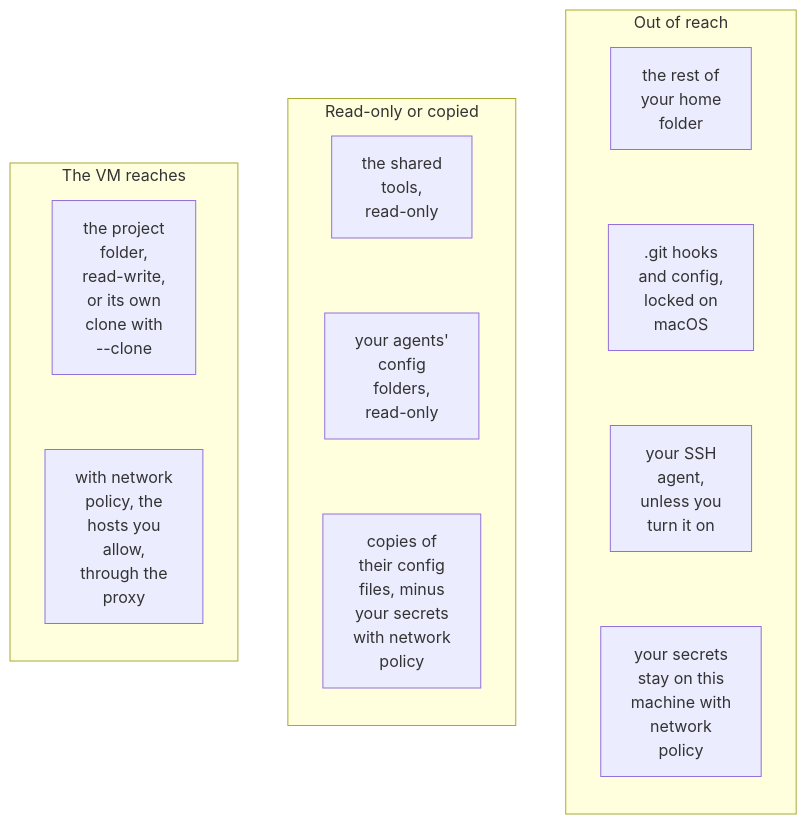
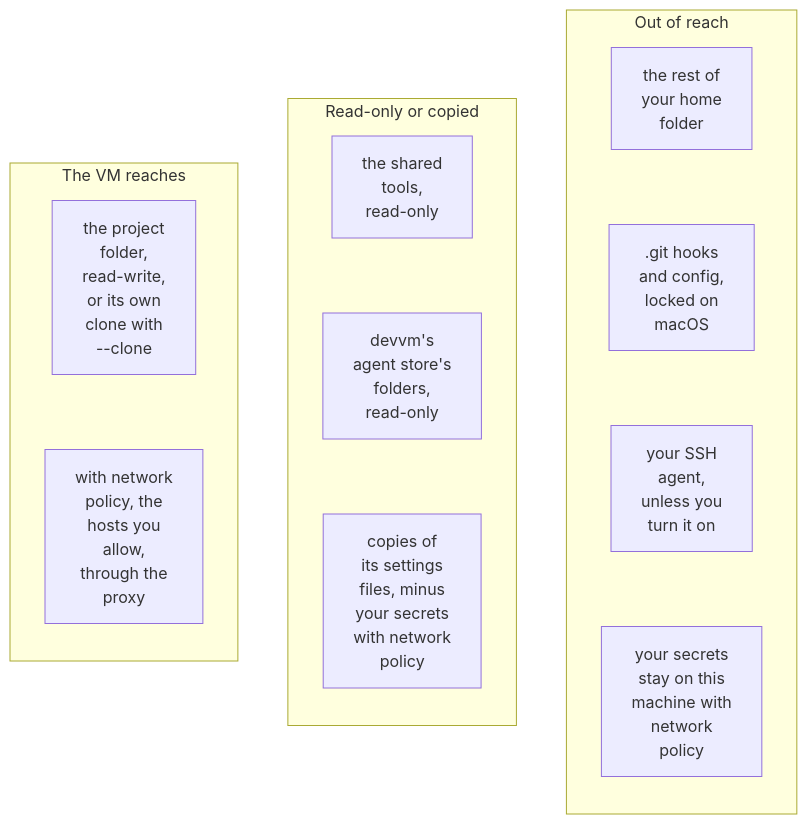
The diagram in docs/content/docs/safety/_index.md (DustyPolk/devvm), drawn with Mermaid before and after one commit. The commit also changed other lines of this file and 107 other files, not shown here.

````diff
--- a/docs/content/docs/safety/_index.md
+++ b/docs/content/docs/safety/_index.md
@@ -24,31 +24,31 @@
 ```mermaid
 ---
 config:
   flowchart:
     minNodeWidth: 0
 ---
 flowchart TB
   %% Narrower nodes than other diagrams' and labels of at most 12 characters a line, so three
   %% columns fit the page. Mermaid lays the columns out from right to left, so the last one comes first.
   subgraph out["Out of reach"]
     direction TB
     home["the rest of<br>your home<br>folder"]
     git[".git hooks<br>and config,<br>locked on<br>macOS"]
     agent["your SSH<br>agent,<br>unless you<br>turn it on"]
     secrets["your secrets<br>stay on this<br>machine with<br>network<br>policy"]
     home ~~~ git ~~~ agent ~~~ secrets
   end
   subgraph copied["Read-only or copied"]
     direction TB
     tools["the shared<br>tools,<br>read-only"]
-    folders["your agents'<br>config<br>folders,<br>read-only"]
-    files["copies of<br>their config<br>files, minus<br>your secrets<br>with network<br>policy"]
+    folders["devvm's<br>agent store's<br>folders,<br>read-only"]
+    files["copies of<br>its settings<br>files, minus<br>your secrets<br>with network<br>policy"]
     tools ~~~ folders ~~~ files
   end
   subgraph reach["The VM reaches"]
     direction TB
     folder["the project<br>folder,<br>read-write,<br>or its own<br>clone with<br>--clone"]
     hosts["with network<br>policy, the<br>hosts you<br>allow,<br>through the<br>proxy"]
     folder ~~~ hosts
   end
 ```
````
